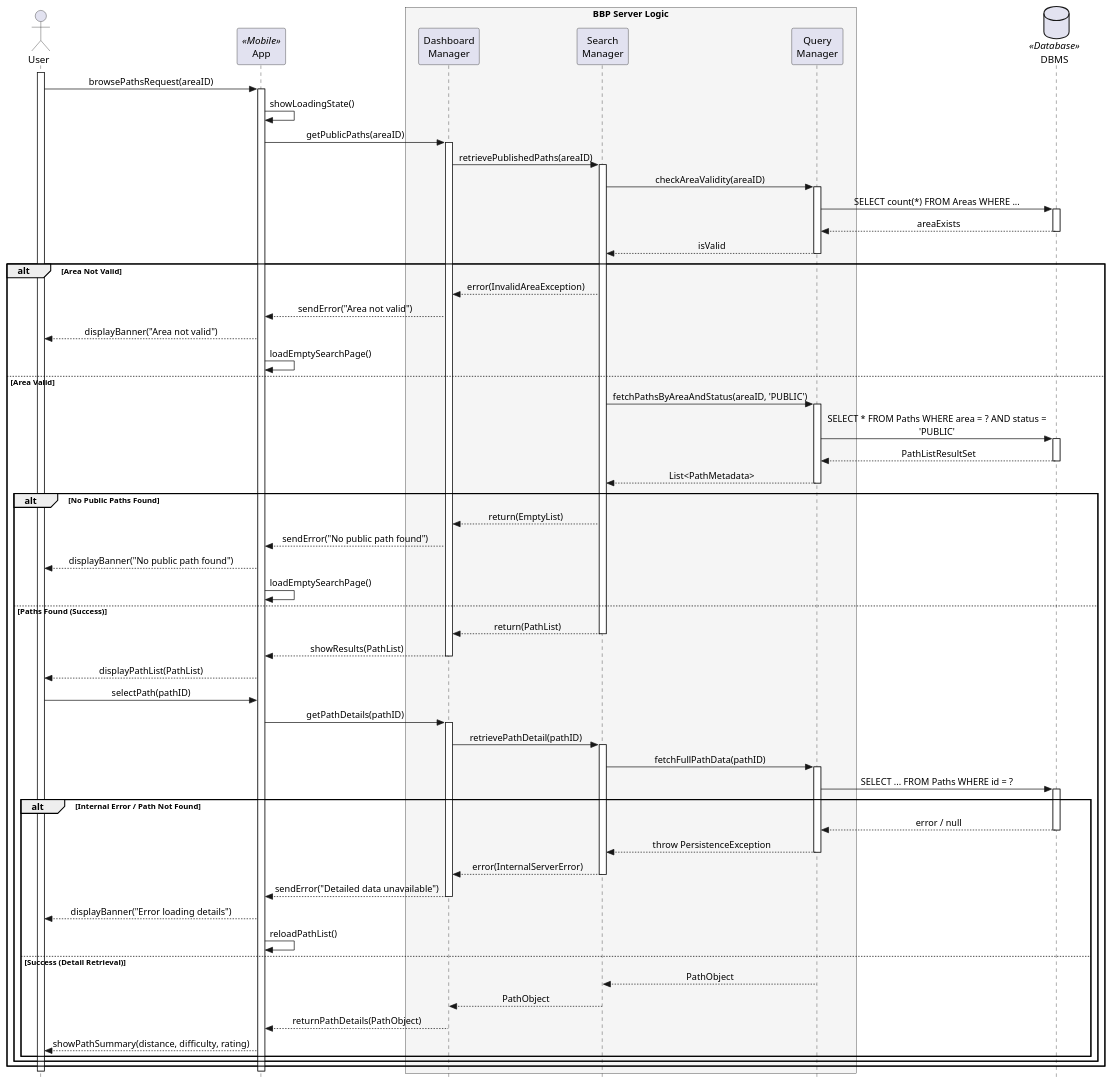
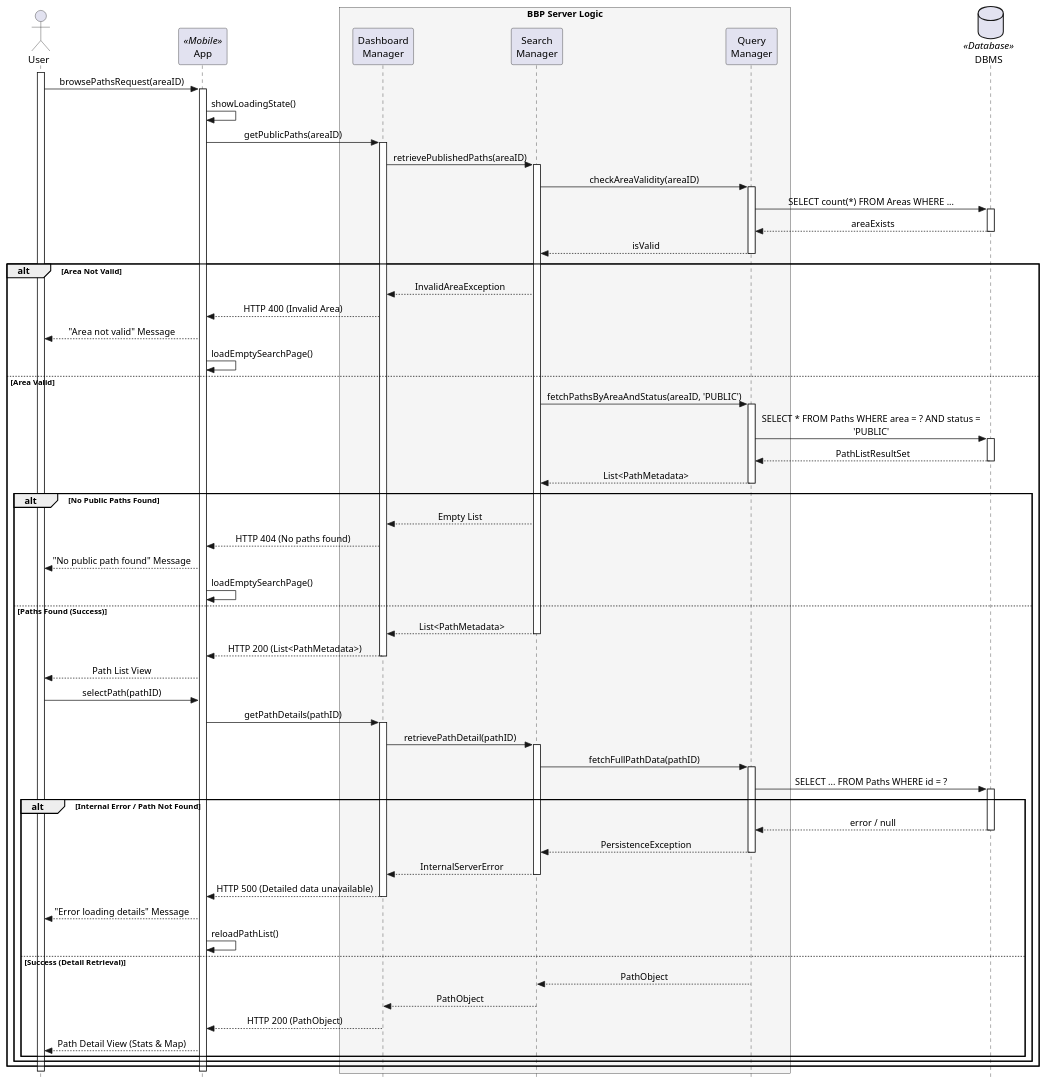
One commit to ABurato26/BuratoCrimellaFaccini changed the diagram in DD/sequence_diagrams/browse.plantuml. Above: the diagram before and after it, drawn with PlantUML. The commit also changed 14 other files, not shown here.

```diff
--- a/DD/sequence_diagrams/browse.plantuml
+++ b/DD/sequence_diagrams/browse.plantuml
@@ -1,107 +1,107 @@
 @startuml
 skinparam style strictuml
 skinparam sequenceMessageAlign center
 skinparam maxMessageSize 350
 skinparam ParticipantPadding 15
 skinparam BoxPadding 10
 
 actor "User" as user
 participant "App" as app <<Mobile>>
 box "BBP Server Logic" #F5F5F5
     participant "Dashboard\nManager" as dashMan
     participant "Search\nManager" as searchMan
     participant "Query\nManager" as queryMan
 end box
 database "DBMS" as db <<Database>>
 
 activate user
 user -> app : browsePathsRequest(areaID)
 activate app
 app -> app : showLoadingState()
 
 app -> dashMan : getPublicPaths(areaID)
 activate dashMan
 dashMan -> searchMan : retrievePublishedPaths(areaID)
 activate searchMan
 
 ' --- VISIBLE SECTION TITLE ---
 
 
 searchMan -> queryMan : checkAreaValidity(areaID)
 activate queryMan
 queryMan -> db : SELECT count(*) FROM Areas WHERE ...
 activate db
 db --> queryMan : areaExists
 deactivate db
 queryMan --> searchMan : isValid
 deactivate queryMan
 
 alt Area Not Valid
-    searchMan --> dashMan : error(InvalidAreaException)
-    dashMan --> app : sendError("Area not valid")
-    app --> user : displayBanner("Area not valid")
+    searchMan --> dashMan : InvalidAreaException
+    dashMan --> app : HTTP 400 (Invalid Area)
+    app --> user : "Area not valid" Message
     app -> app : loadEmptySearchPage()
 
 else Area Valid
     ' --- VISIBLE SECTION TITLE ---
     
     
     searchMan -> queryMan : fetchPathsByAreaAndStatus(areaID, 'PUBLIC')
     activate queryMan
     queryMan -> db : SELECT * FROM Paths WHERE area = ? AND status = 'PUBLIC'
     activate db
     db --> queryMan : PathListResultSet
     deactivate db
     queryMan --> searchMan : List<PathMetadata>
     deactivate queryMan
 
     alt No Public Paths Found
-        searchMan --> dashMan : return(EmptyList)
-        dashMan --> app : sendError("No public path found")
-        app --> user : displayBanner("No public path found")
+        searchMan --> dashMan : Empty List
+        dashMan --> app : HTTP 404 (No paths found)
+        app --> user : "No public path found" Message
         app -> app : loadEmptySearchPage()
 
     else Paths Found (Success)
-        searchMan --> dashMan : return(PathList)
+        searchMan --> dashMan : List<PathMetadata>
         deactivate searchMan
-        dashMan --> app : showResults(PathList)
+        dashMan --> app : HTTP 200 (List<PathMetadata>)
         deactivate dashMan
-        app --> user : displayPathList(PathList)
+        app --> user : Path List View
         
         ' --- VISIBLE SECTION TITLE ---
         
         
         user -> app : selectPath(pathID)
         app -> dashMan : getPathDetails(pathID)
         activate dashMan
         dashMan -> searchMan : retrievePathDetail(pathID)
         activate searchMan
         searchMan -> queryMan : fetchFullPathData(pathID)
         activate queryMan
         queryMan -> db : SELECT ... FROM Paths WHERE id = ?
         activate db
         
         alt Internal Error / Path Not Found
             db --> queryMan : error / null
             deactivate db
-            queryMan --> searchMan : throw PersistenceException
+            queryMan --> searchMan : PersistenceException
             deactivate queryMan
-            searchMan --> dashMan : error(InternalServerError)
+            searchMan --> dashMan : InternalServerError
             deactivate searchMan
-            dashMan --> app : sendError("Detailed data unavailable")
+            dashMan --> app : HTTP 500 (Detailed data unavailable)
             deactivate dashMan
-            app --> user : displayBanner("Error loading details")
+            app --> user : "Error loading details" Message
             app -> app : reloadPathList()
         
         else Success (Detail Retrieval)
             queryMan --> searchMan : PathObject
             searchMan --> dashMan : PathObject
-            dashMan --> app : returnPathDetails(PathObject)
-            app --> user : showPathSummary(distance, difficulty, rating)
+            dashMan --> app : HTTP 200 (PathObject)
+            app --> user : Path Detail View (Stats & Map)
         end
     end
 end
 
 deactivate app
 deactivate user
 @enduml
```
